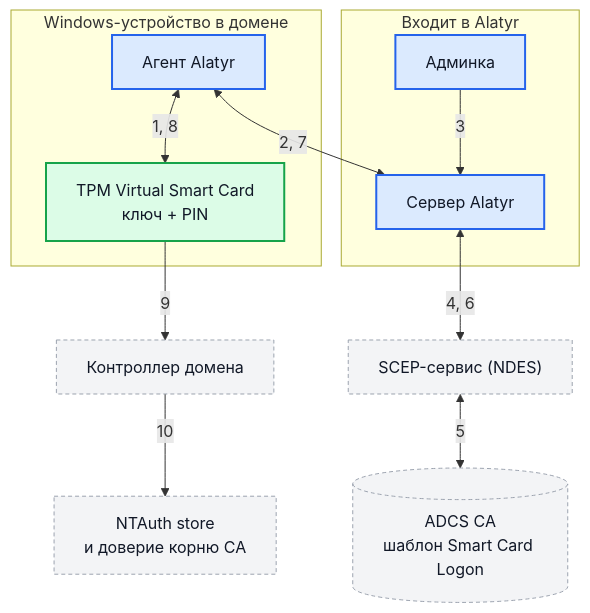
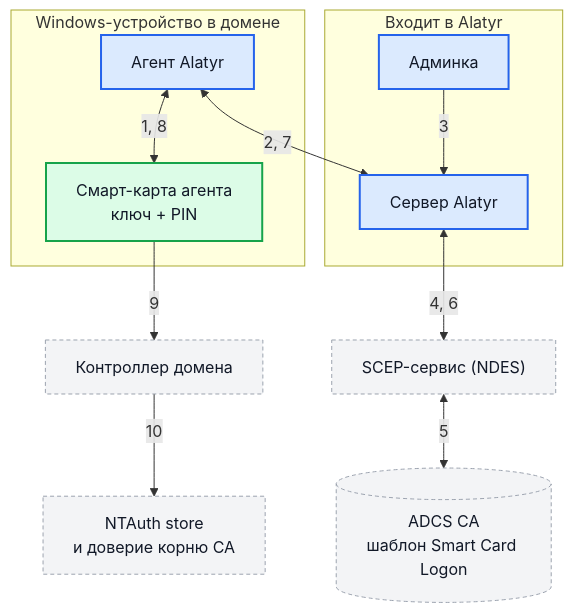
The fifth of 9 diagrams in docs/use-cases.md (s3m4rgl/alatyr-docs), drawn with Mermaid before and after one commit. The commit also changed other lines of this file and 2 other files, not shown here.

````diff
--- a/docs/use-cases.md
+++ b/docs/use-cases.md
@@ -317,32 +321,32 @@
 ```mermaid
 flowchart TD
     subgraph DeviceBox["Windows-устройство в домене"]
         Agent["Агент Alatyr"]
-        VSC["TPM Virtual Smart Card<br/>ключ + PIN"]
+        VSC["Смарт-карта агента<br/>ключ + PIN"]
     end
 
     subgraph AlatyrBox["Входит в Alatyr"]
         Admin["Админка"]
         Server["Сервер Alatyr"]
     end
 
     NDES["SCEP-сервис (NDES)"]
     ADCS[("ADCS CA<br/>шаблон Smart Card Logon")]
     DC["Контроллер домена"]
     Trust["NTAuth store<br/>и доверие корню CA"]
 
     Agent <--> |"1, 8"| VSC
     Agent <--> |"2, 7"| Server
     Admin --> |"3"| Server
     Server <--> |"4, 6"| NDES
     NDES <--> |"5"| ADCS
     VSC --> |"9"| DC
     DC --> |"10"| Trust
 
     classDef alatyr fill:#dbeafe,stroke:#2563eb,stroke-width:2px,color:#111827
     classDef external fill:#f3f4f6,stroke:#9ca3af,stroke-width:1px,stroke-dasharray: 4 3,color:#111827
     classDef device fill:#dcfce7,stroke:#16a34a,stroke-width:2px,color:#111827
     class Agent,Server,Admin alatyr
     class NDES,ADCS,DC,Trust external
     class VSC device
 ```
````
